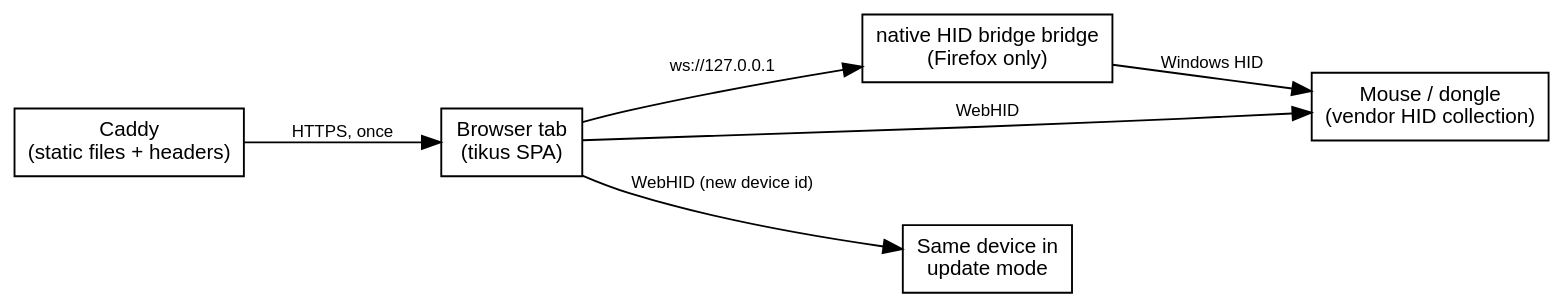
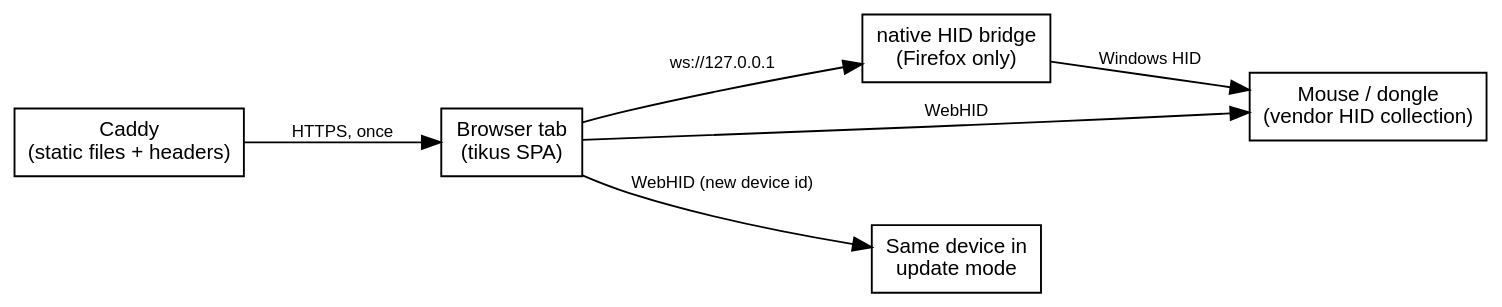
Before and after one commit to erfianugrah/lexicanum: the diagram in src/content/docs/reference/tikus-browser-mouse-configurator.mdx, drawn with Graphviz. The commit also changed other lines of this file and 90 other files, not shown here.

````diff
--- a/src/content/docs/reference/tikus-browser-mouse-configurator.mdx
+++ b/src/content/docs/reference/tikus-browser-mouse-configurator.mdx
@@ -23,20 +23,20 @@
 ```dot
 digraph {
   rankdir=LR; bgcolor="transparent"; nodesep=0.3; ranksep=0.7;
   fontname="Helvetica,Arial,sans-serif";
   node [fontname="Helvetica,Arial,sans-serif", fontsize=11, shape=box];
   edge [fontname="Helvetica,Arial,sans-serif", fontsize=9];
 
   caddy [label="Caddy\n(static files + headers)"];
   tab [label="Browser tab\n(tikus SPA)"];
-  bridge [label="native HID bridge bridge\n(Firefox only)"];
+  bridge [label="native HID bridge\n(Firefox only)"];
   mouse [label="Mouse / dongle\n(vendor HID collection)"];
   boot [label="Same device in\nupdate mode"];
 
   caddy -> tab [label="HTTPS, once"];
   tab -> mouse [label="WebHID"];
   tab -> bridge [label="ws://127.0.0.1"];
   bridge -> mouse [label="Windows HID"];
   tab -> boot [label="WebHID (new device id)"];
 }
 ```
````
